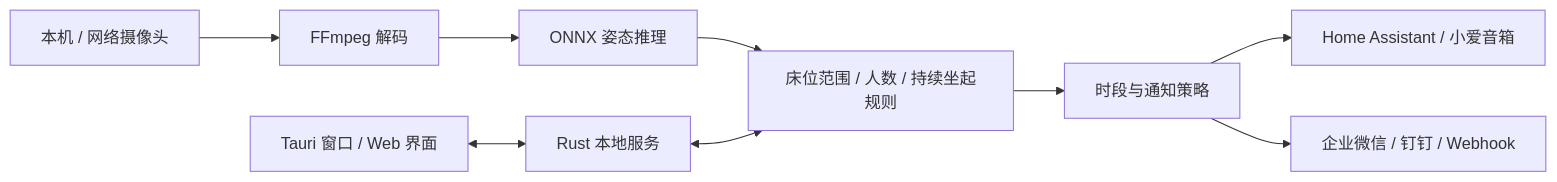
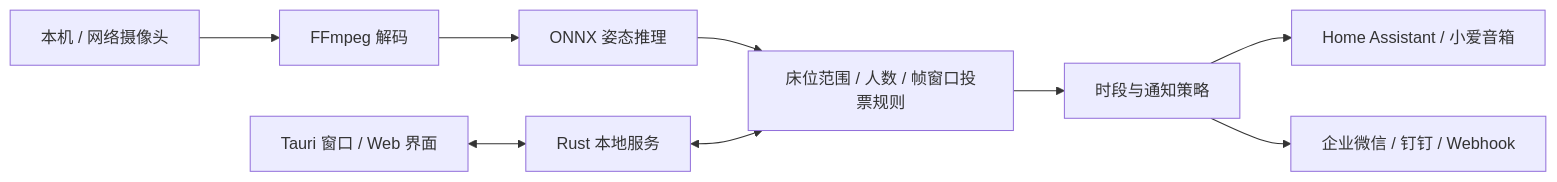
One commit to DumKing/pillowguard changed the diagram in README.md. Above: the diagram before and after it, drawn with Mermaid. The commit also changed other lines of this file and 13 other files, not shown here.

````diff
--- a/README.md
+++ b/README.md
@@ -190,11 +190,11 @@
 ```mermaid
 flowchart LR
     Camera[本机 / 网络摄像头] --> FFmpeg[FFmpeg 解码]
     FFmpeg --> Pose[ONNX 姿态推理]
-    Pose --> Rules[床位范围 / 人数 / 持续坐起规则]
+    Pose --> Rules[床位范围 / 人数 / 帧窗口投票规则]
     Rules --> Schedule[时段与通知策略]
     Schedule --> HA[Home Assistant / 小爱音箱]
     Schedule --> Push[企业微信 / 钉钉 / Webhook]
     UI[Tauri 窗口 / Web 界面] <--> API[Rust 本地服务]
     API <--> Rules
 ```
````
